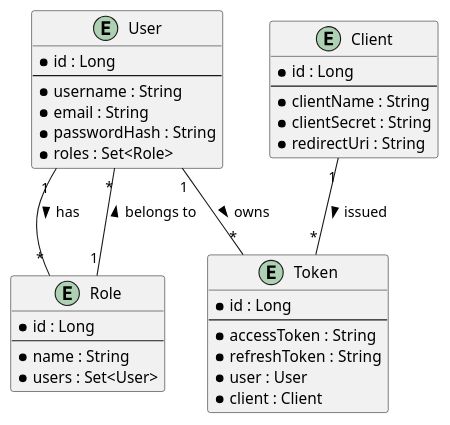
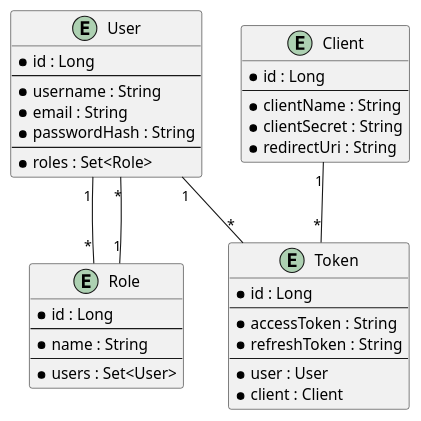
One commit to shreya-cn/autodev.ai changed the sixth of 6 diagrams in identityprovider/documentation/detaileddesign.adoc. Above: the diagram before and after it, drawn with PlantUML. The commit also changed other lines of this file and 3 other files, not shown here.

````diff
--- a/identityprovider/documentation/detaileddesign.adoc
+++ b/identityprovider/documentation/detaileddesign.adoc
@@ -358,42 +397,44 @@
-[plantuml, entity-relationship-diagram, png]
-----
+```plantuml
 @startuml
 entity "User" {
   * id : Long
   --
   * username : String
   * email : String
   * passwordHash : String
+  --
   * roles : Set<Role>
 }
 
 entity "Role" {
   * id : Long
   --
   * name : String
+  --
   * users : Set<User>
 }
 
 entity "Client" {
   * id : Long
   --
   * clientName : String
   * clientSecret : String
   * redirectUri : String
 }
 
 entity "Token" {
   * id : Long
   --
   * accessToken : String
   * refreshToken : String
+  --
   * user : User
   * client : Client
 }
 
-User "1" -- "*" Role : has >
-Role "1" -- "*" User : belongs to >
-User "1" -- "*" Token : owns >
-Client "1" -- "*" Token : issued >
+User "1" -- "*" Role
+Role "1" -- "*" User
+User "1" -- "*" Token
+Client "1" -- "*" Token
 @enduml
-----
+```
````
